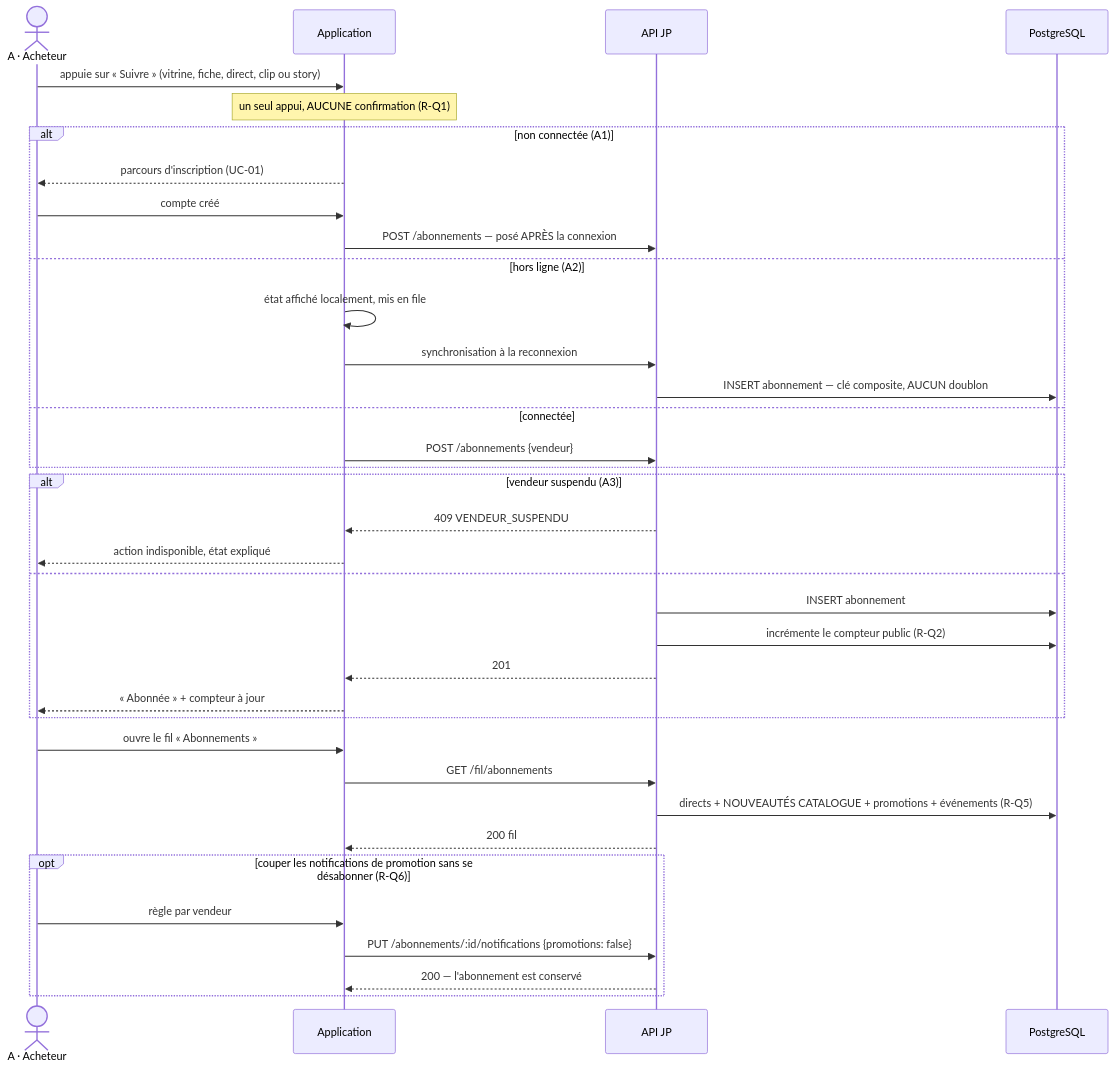
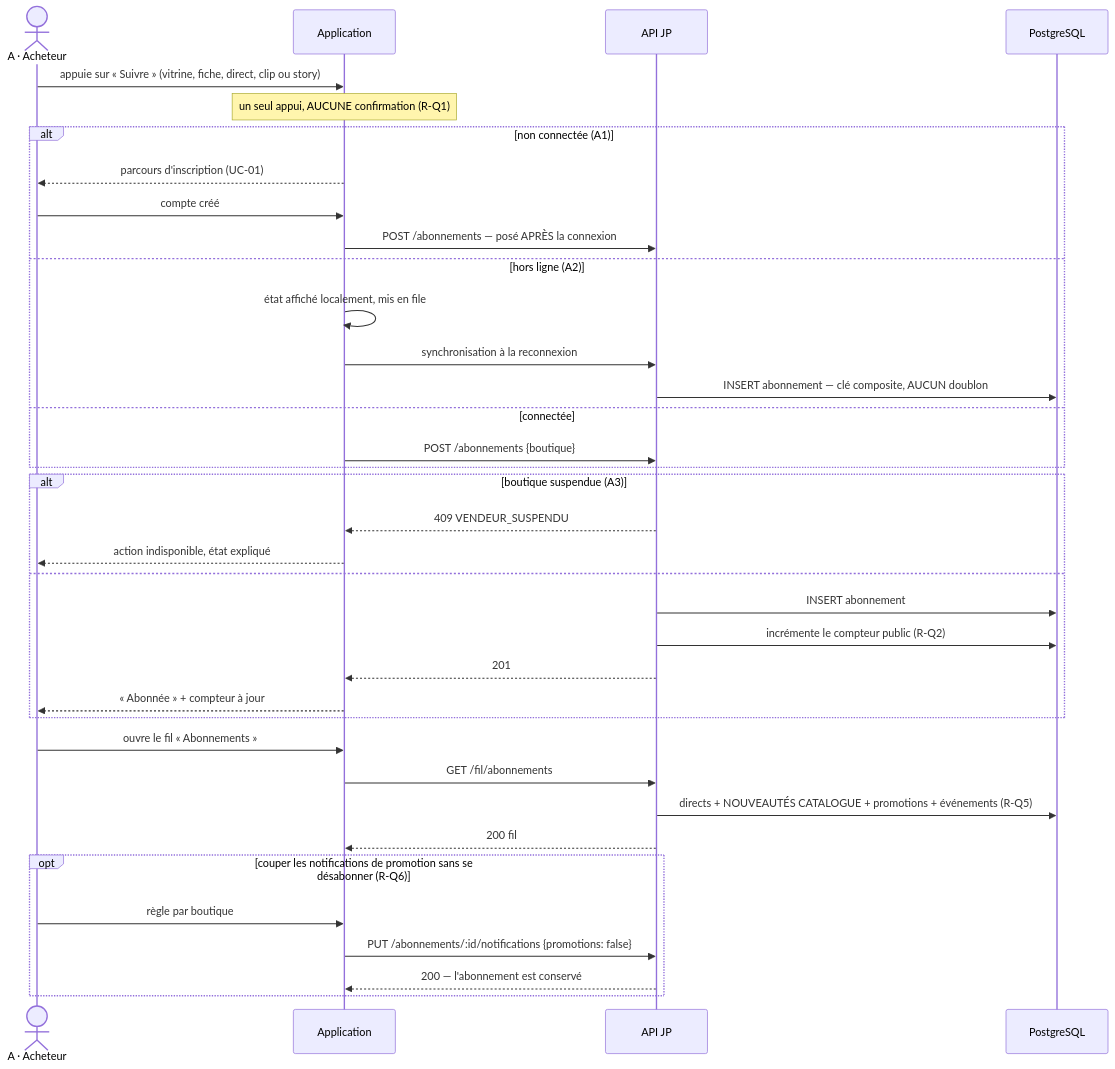
Diagram 16 of 26 in docs/JP_CAS_UTILISATION.md (andokevin/jp), drawn with Mermaid before and after one commit. The commit also changed other lines of this file and 58 other files, not shown here.

````diff
--- a/docs/JP_CAS_UTILISATION.md
+++ b/docs/JP_CAS_UTILISATION.md
@@ -1490,38 +1225,38 @@
 ```mermaid
 sequenceDiagram
     actor A as A · Acheteur
     participant APP as Application
     participant API as API JP
     participant DB as PostgreSQL
     A->>APP: appuie sur « Suivre » (vitrine, fiche, direct, clip ou story)
     Note over APP: un seul appui, AUCUNE confirmation (R-Q1)
     alt non connectée (A1)
         APP-->>A: parcours d'inscription (UC-01)
         A->>APP: compte créé
         APP->>API: POST /abonnements — posé APRÈS la connexion
     else hors ligne (A2)
         APP->>APP: état affiché localement, mis en file
         APP->>API: synchronisation à la reconnexion
         API->>DB: INSERT abonnement — clé composite, AUCUN doublon
     else connectée
-        APP->>API: POST /abonnements {vendeur}
+        APP->>API: POST /abonnements {boutique}
     end
-    alt vendeur suspendu (A3)
+    alt boutique suspendue (A3)
         API-->>APP: 409 VENDEUR_SUSPENDU
         APP-->>A: action indisponible, état expliqué
     else
         API->>DB: INSERT abonnement
         API->>DB: incrémente le compteur public (R-Q2)
         API-->>APP: 201
         APP-->>A: « Abonnée » + compteur à jour
     end
     A->>APP: ouvre le fil « Abonnements »
     APP->>API: GET /fil/abonnements
     API->>DB: directs + NOUVEAUTÉS CATALOGUE + promotions + événements (R-Q5)
     API-->>APP: 200 fil
     opt couper les notifications de promotion sans se désabonner (R-Q6)
-        A->>APP: règle par vendeur
+        A->>APP: règle par boutique
         APP->>API: PUT /abonnements/:id/notifications {promotions: false}
         API-->>APP: 200 — l'abonnement est conservé
     end
 ```
````
